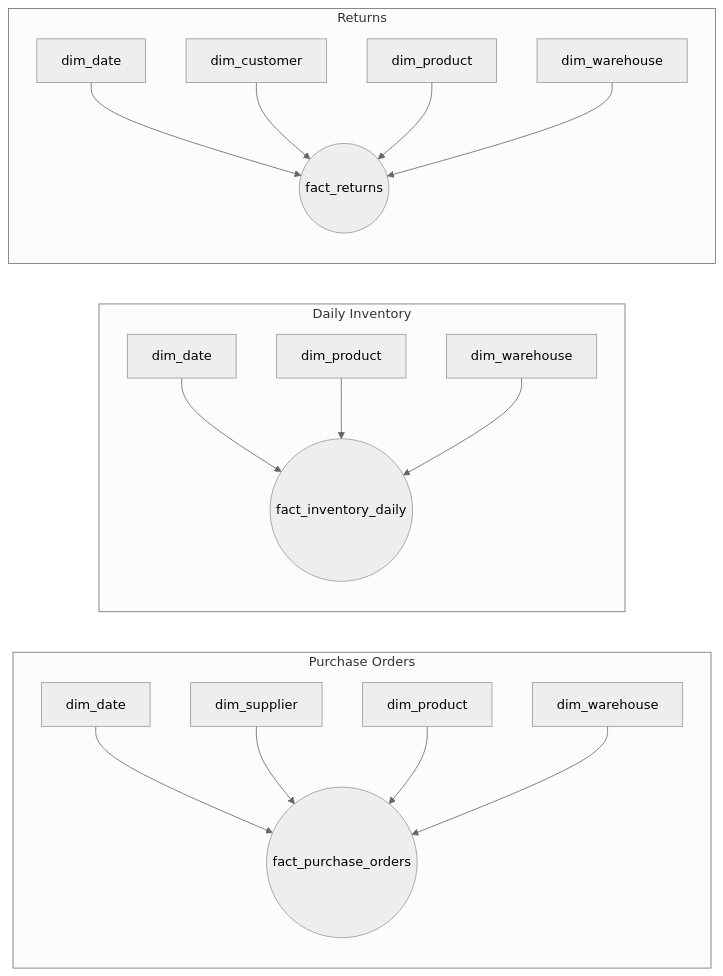
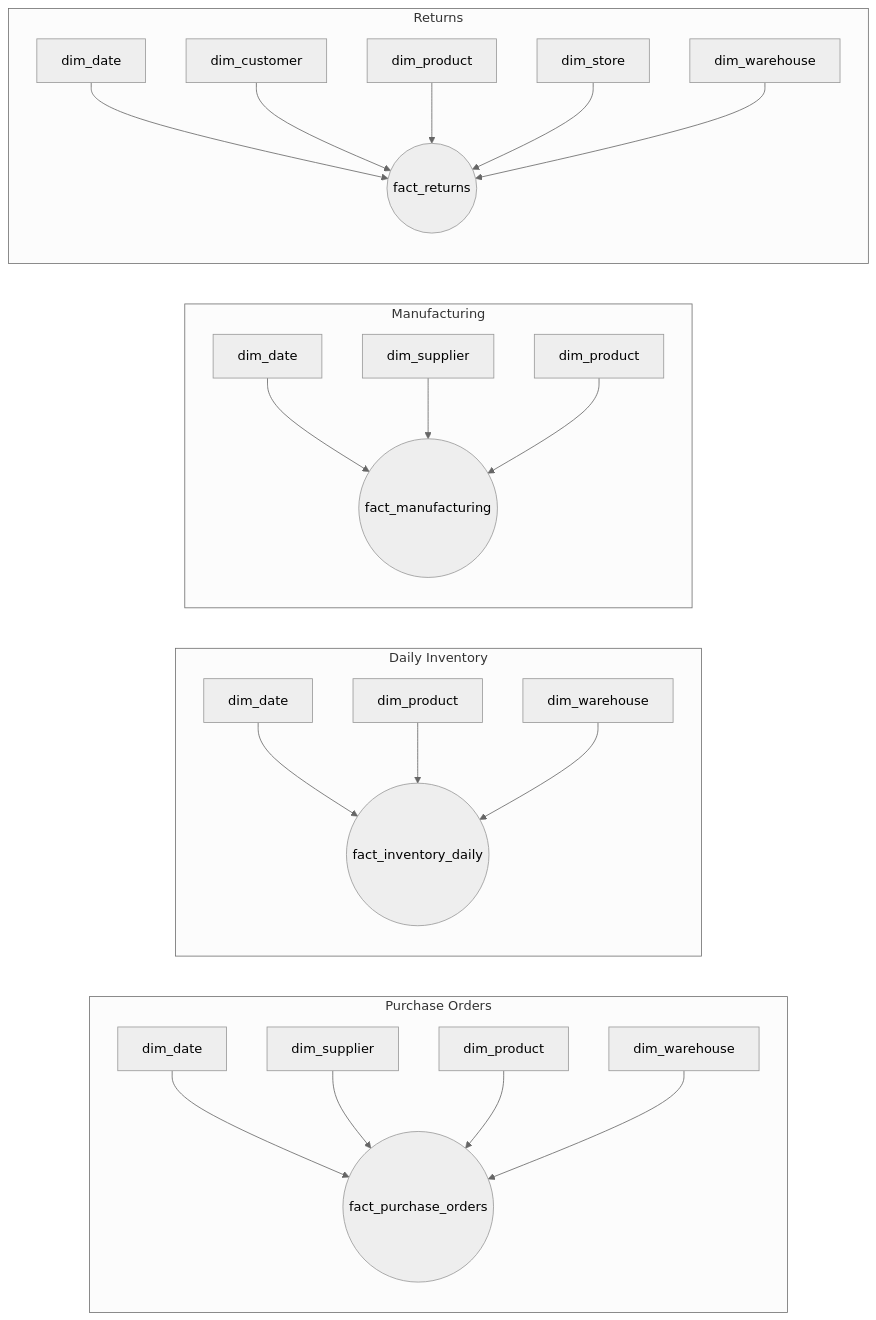
The third of 5 diagrams in vespera-analytics-platform/docs/02_architecture/04_physical_erd.md (jovync/analytics-portfolio), drawn with Mermaid (neutral theme) before and after one commit. The commit also changed other lines of this file and 16 other files, not shown here.

First line of the commit message:
Add marketing spend dbt slice (dim_campaign, fact_marketing_spend)

````diff
--- a/vespera-analytics-platform/docs/02_architecture/04_physical_erd.md
+++ b/vespera-analytics-platform/docs/02_architecture/04_physical_erd.md
@@ -114,22 +114,29 @@
 ```mermaid
 flowchart LR
     subgraph PO[Purchase Orders]
         Date1[dim_date] --> PO_Fact((fact_purchase_orders))
         Supplier1[dim_supplier] --> PO_Fact
         Product1[dim_product] --> PO_Fact
         Warehouse1[dim_warehouse] --> PO_Fact
     end
 
     subgraph INV[Daily Inventory]
         Date2[dim_date] --> Inv_Fact((fact_inventory_daily))
         Product2[dim_product] --> Inv_Fact
         Warehouse2[dim_warehouse] --> Inv_Fact
     end
 
+    subgraph MFG[Manufacturing]
+        Date3[dim_date] --> Mfg_Fact((fact_manufacturing))
+        Supplier2[dim_supplier] --> Mfg_Fact
+        Product3[dim_product] --> Mfg_Fact
+    end
+
     subgraph RET[Returns]
         Date4[dim_date] --> Ret_Fact((fact_returns))
         Customer2[dim_customer] --> Ret_Fact
         Product4[dim_product] --> Ret_Fact
+        Store2[dim_store] --> Ret_Fact
         Warehouse3[dim_warehouse] --> Ret_Fact
     end
 ```
````
